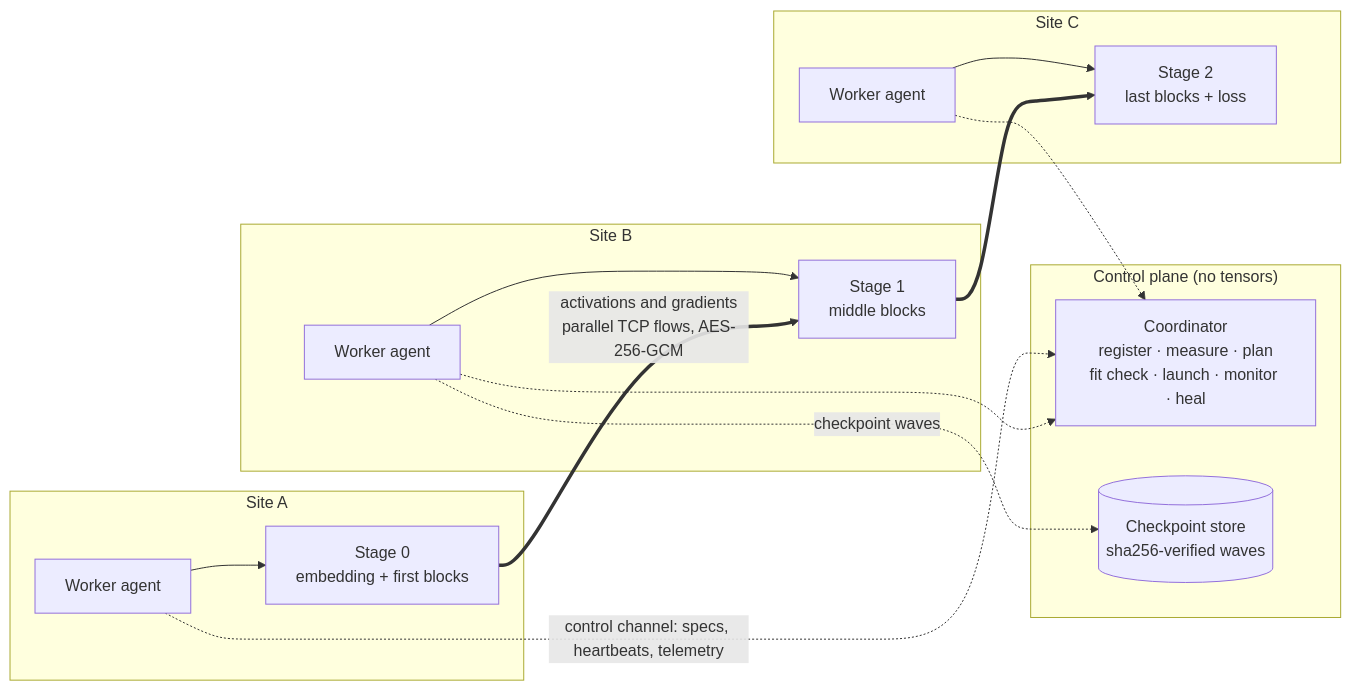
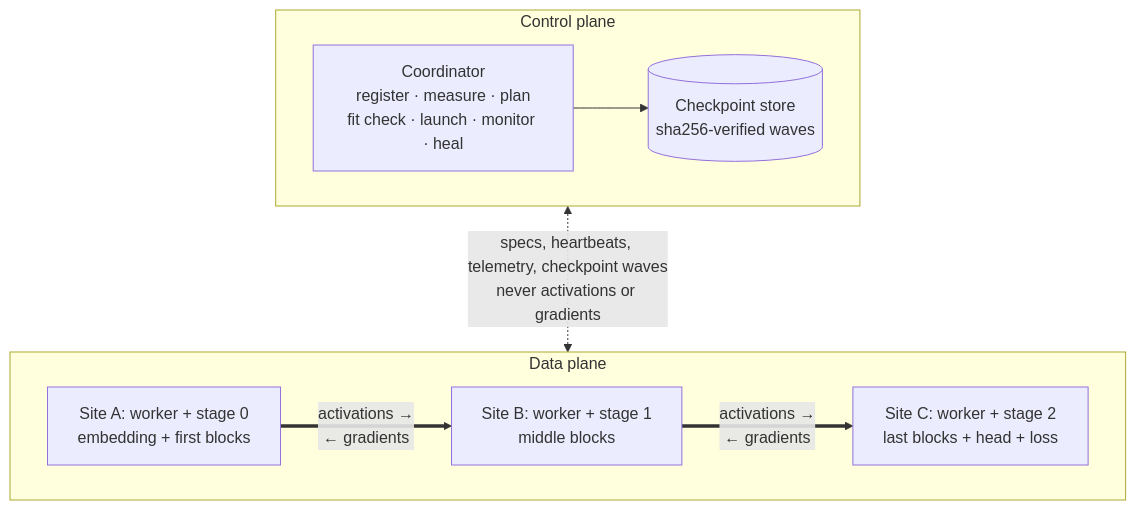
One commit to virgiliolrf/elysium-wan changed the diagram in README.md. Above: the diagram before and after it, drawn with Mermaid. The commit also changed other lines of this file, not shown here.

Commit message:
README: correct and explain How Elysium works
Checked against the code:
- Checkpoint waves travel to the coordinator over the control channel (coordinator.py CKPT_PART/CKPT into its
  CheckpointStore, RESTORE_PART back), so the control plane carries no activations or gradients, but it does carry
  checkpoints. The old "no tensors" label was wrong.
- The control channel runs both ways (ASSIGN and RESTORE out, heartbeats and telemetry in), and every stage ships
  its own waves, not only stage 1.
- The cipher is AES-256-GCM only when both ends have hardware AES, ChaCha20-Poly1305 otherwise; there is no
  plaintext mode on either channel.
- The last stage holds the head as well as the loss.

The diagram now puts the control plane above the three sites in one row (rendered with Mermaid 11 before pushing),
and a numbered walkthrough says what happens in a run, including that healing is proven on CPU, not yet on GPUs.

````diff
--- a/README.md
+++ b/README.md
@@ -65,22 +65,12 @@
 ```mermaid
-flowchart LR
-    subgraph CP["Control plane (no tensors)"]
-        C["Coordinator<br/>register · measure · plan<br/>fit check · launch · monitor · heal"]
-        K[("Checkpoint store<br/>sha256-verified waves")]
+flowchart TB
+    subgraph CP["Control plane"]
+        direction LR
+        C["Coordinator<br/>register · measure · plan<br/>fit check · launch · monitor · heal"] --> K[("Checkpoint store<br/>sha256-verified waves")]
     end
-    subgraph A["Site A"]
-        WA["Worker agent"] --> SA["Stage 0<br/>embedding + first blocks"]
+    subgraph DP["Data plane"]
+        direction LR
+        SA["Site A: worker + stage 0<br/>embedding + first blocks"] ==>|"activations →<br/>← gradients"| SB["Site B: worker + stage 1<br/>middle blocks"] ==>|"activations →<br/>← gradients"| SD["Site C: worker + stage 2<br/>last blocks + head + loss"]
     end
-    subgraph B["Site B"]
-        WB["Worker agent"] --> SB["Stage 1<br/>middle blocks"]
-    end
-    subgraph D["Site C"]
-        WD["Worker agent"] --> SD["Stage 2<br/>last blocks + loss"]
-    end
-    SA == "activations and gradients<br/>parallel TCP flows, AES-256-GCM" ==> SB
-    SB ==> SD
-    WA -. "control channel: specs, heartbeats, telemetry" .-> C
-    WB -.-> C
-    WD -.-> C
-    WB -. "checkpoint waves" .-> K
+    CP <-.->|"specs, heartbeats, telemetry, checkpoint waves<br/>never activations or gradients"| DP
 ```
````
